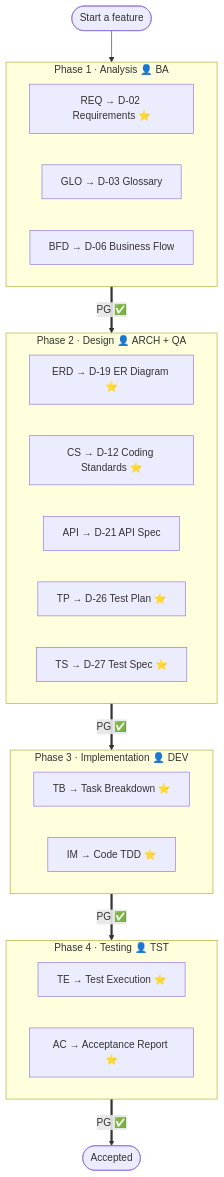
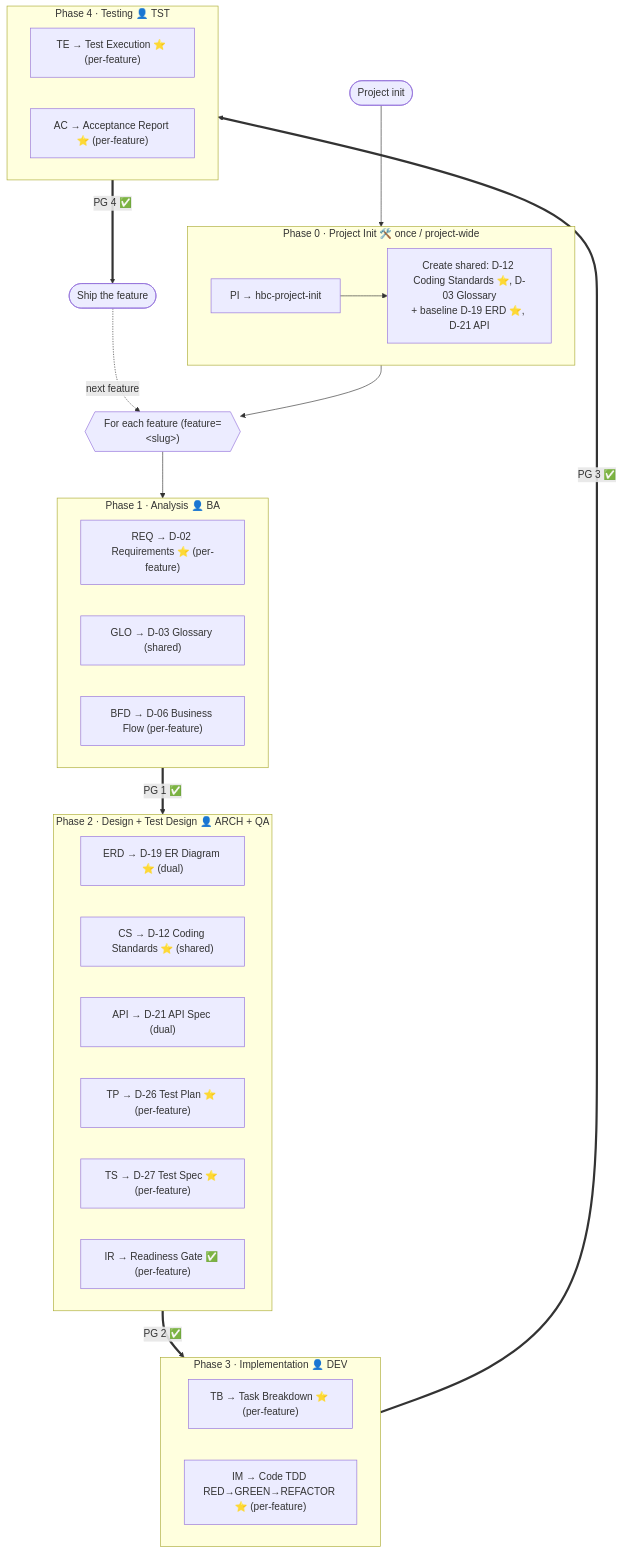
The first of 2 diagrams in docs/en/tutorials/workflow-map.md (hanh9898/waterfall-bmad-method), drawn with Mermaid before and after one commit. The commit also changed other lines of this file and 29 other files, not shown here.

First line of the commit message:
docs(hbc): đồng bộ toàn bộ tài liệu sang v2 (incremental per-feature + TDD)

````diff
--- a/docs/en/tutorials/workflow-map.md
+++ b/docs/en/tutorials/workflow-map.md
@@ -9,33 +17,45 @@
 ```mermaid
 flowchart TD
-    START([Start a feature]) --> P1
+    INIT([Project init]) --> P0
+
+    subgraph P0["Phase 0 · Project Init 🛠️ once / project-wide"]
+        PI["PI → hbc-project-init"]
+        PISHARED["Create shared: D-12 Coding Standards ⭐, D-03 Glossary<br/>+ baseline D-19 ERD ⭐, D-21 API"]
+        PI --> PISHARED
+    end
+
+    P0 --> LOOP{{"For each feature (feature=&lt;slug&gt;)"}}
+
+    LOOP --> P1
 
     subgraph P1["Phase 1 · Analysis 👤 BA"]
-        REQ["REQ → D-02 Requirements ⭐"]
-        GLO["GLO → D-03 Glossary"]
-        BFD["BFD → D-06 Business Flow"]
+        REQ["REQ → D-02 Requirements ⭐ (per-feature)"]
+        GLO["GLO → D-03 Glossary (shared)"]
+        BFD["BFD → D-06 Business Flow (per-feature)"]
     end
 
-    subgraph P2["Phase 2 · Design 👤 ARCH + QA"]
-        ERD["ERD → D-19 ER Diagram ⭐"]
-        CS["CS → D-12 Coding Standards ⭐"]
-        API["API → D-21 API Spec"]
-        TP["TP → D-26 Test Plan ⭐"]
-        TS["TS → D-27 Test Spec ⭐"]
+    subgraph P2["Phase 2 · Design + Test Design 👤 ARCH + QA"]
+        ERD["ERD → D-19 ER Diagram ⭐ (dual)"]
+        CS["CS → D-12 Coding Standards ⭐ (shared)"]
+        API["API → D-21 API Spec (dual)"]
+        TP["TP → D-26 Test Plan ⭐ (per-feature)"]
+        TS["TS → D-27 Test Spec ⭐ (per-feature)"]
+        IR["IR → Readiness Gate ✅ (per-feature)"]
     end
 
     subgraph P3["Phase 3 · Implementation 👤 DEV"]
-        TB["TB → Task Breakdown ⭐"]
-        IM["IM → Code TDD ⭐"]
+        TB["TB → Task Breakdown ⭐ (per-feature)"]
+        IM["IM → Code TDD RED→GREEN→REFACTOR ⭐ (per-feature)"]
     end
 
     subgraph P4["Phase 4 · Testing 👤 TST"]
-        TE["TE → Test Execution ⭐"]
-        AC["AC → Acceptance Report ⭐"]
+        TE["TE → Test Execution ⭐ (per-feature)"]
+        AC["AC → Acceptance Report ⭐ (per-feature)"]
     end
 
-    P1 ==>|PG ✅| P2
-    P2 ==>|PG ✅| P3
-    P3 ==>|PG ✅| P4
-    P4 ==>|PG ✅| DONE([Accepted])
+    P1 ==>|PG 1 ✅| P2
+    P2 ==>|PG 2 ✅| P3
+    P3 ==>|PG 3 ✅| P4
+    P4 ==>|PG 4 ✅| SHIP([Ship the feature])
+    SHIP -.->|next feature| LOOP
 ```
````
